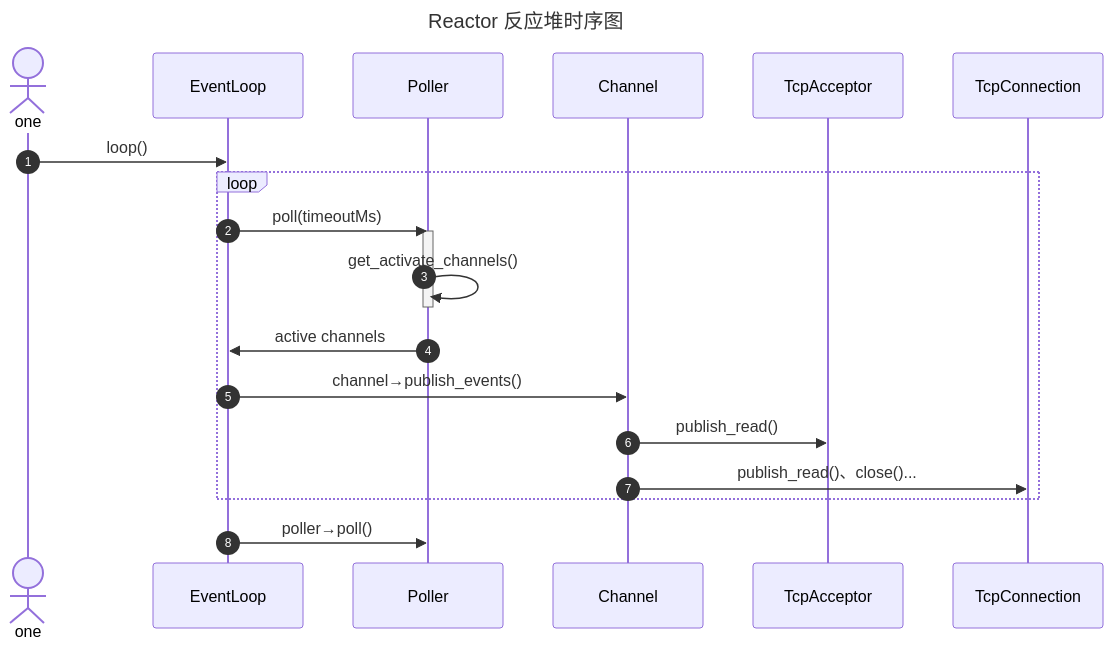
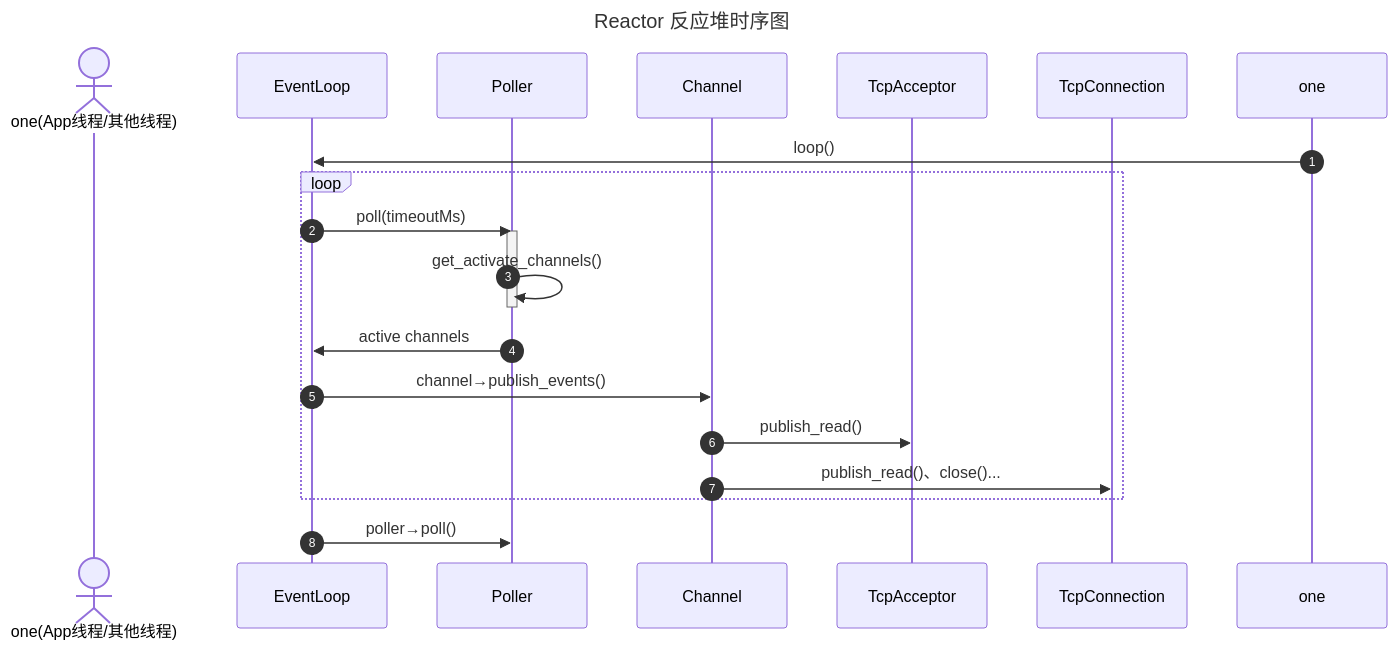
Before and after one commit to WenXingming/tudou: the diagram in doc/Sequence_Reactor.mmd, drawn with Mermaid. The commit also changed 9 other files, not shown here.

```diff
--- a/doc/Sequence_Reactor.mmd
+++ b/doc/Sequence_Reactor.mmd
@@ -1,33 +1,33 @@
 %%{init: {
     "theme": "default",
     "themeVariables": {
         "fontFamily": "Times New Roman",
         "fontSize": "20px"
     }
 }}%%
 
 sequenceDiagram
     title Reactor 反应堆时序图
     autonumber
 
-    actor one
+    actor one(App线程/其他线程)
     participant EventLoop
     participant Poller
     participant Channel
     participant TcpAcceptor
     participant TcpConnection
-	
+
     one ->> EventLoop: loop()
     loop
-	EventLoop->>Poller: poll(timeoutMs)
+    EventLoop->>Poller: poll(timeoutMs)
 
     activate Poller
     Poller->>Poller: get_activate_channels()
     deactivate Poller
     
     Poller->>EventLoop: active channels
-	EventLoop->>Channel: channel→publish_events()
-	Channel->> TcpAcceptor: publish_read()
-	Channel->> TcpConnection: publish_read()、close()...
+    EventLoop->>Channel: channel→publish_events()
+    Channel->> TcpAcceptor: publish_read()
+    Channel->> TcpConnection: publish_read()、close()...
     end
-	EventLoop->>Poller: poller→poll()
+    EventLoop->>Poller: poller→poll()
```
